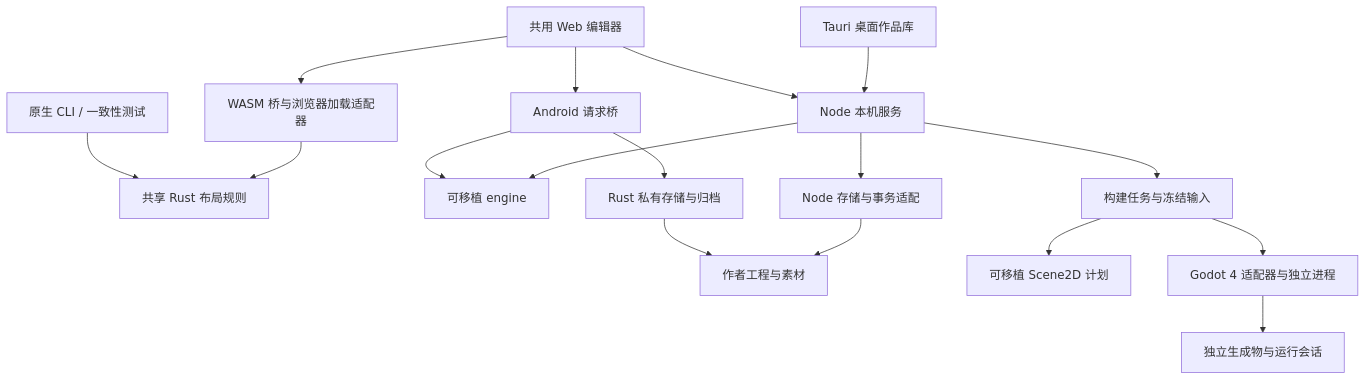
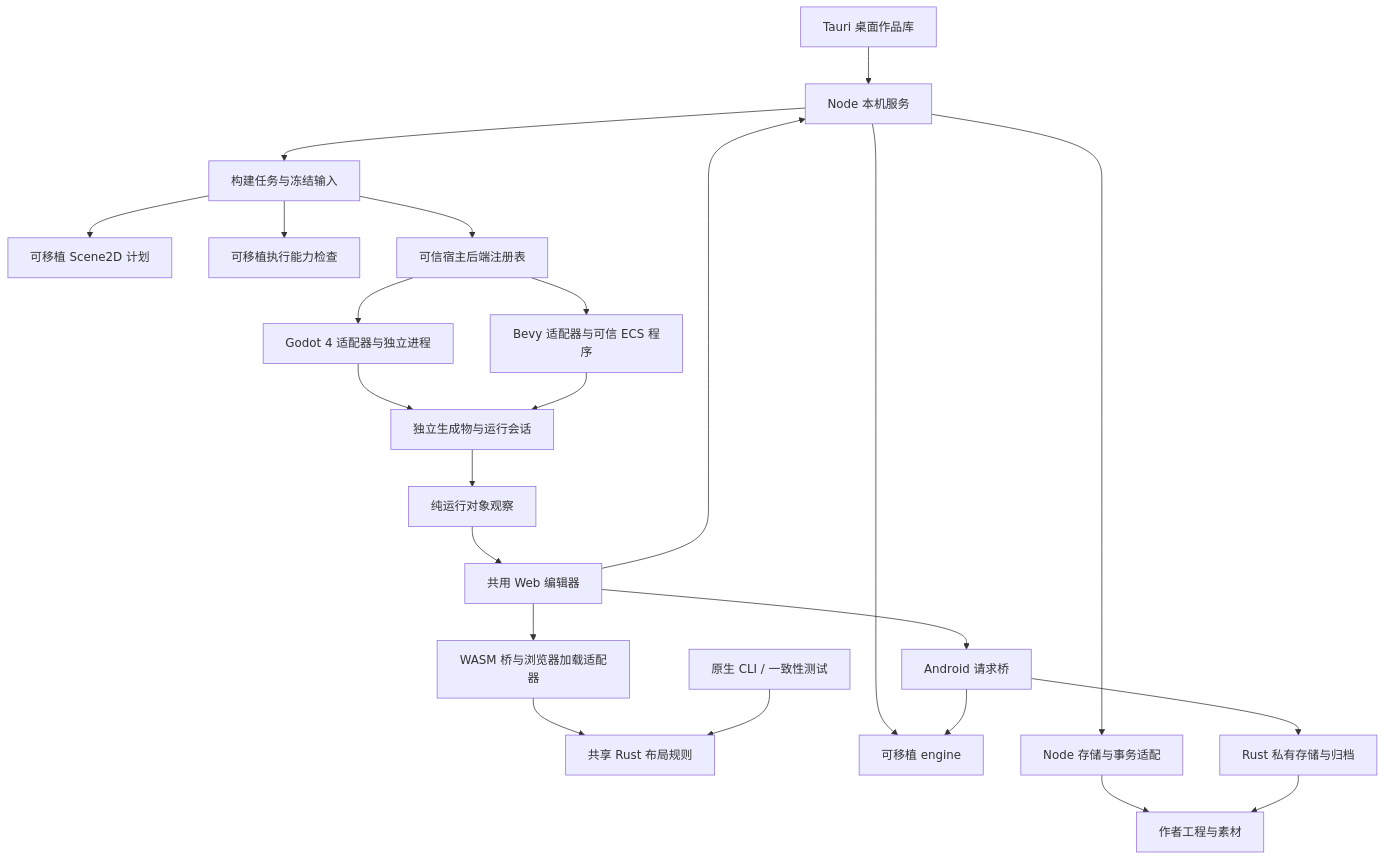
One commit to Team-silvortex/viento-studio changed the first of 2 diagrams in docs/ARCHITECTURE.md. Above: the diagram before and after it, drawn with Mermaid. The commit also changed other lines of this file and 675 other files, not shown here.

````diff
--- a/docs/ARCHITECTURE.md
+++ b/docs/ARCHITECTURE.md
@@ -23,19 +28,25 @@
 ```mermaid
 flowchart TB
   Desktop[Tauri 桌面作品库] --> Node[Node 本机服务]
   Web[共用 Web 编辑器] --> Node
   Web --> Wasm[WASM 桥与浏览器加载适配器]
   Wasm --> SharedRust[共享 Rust 布局规则]
   NativeCheck[原生 CLI / 一致性测试] --> SharedRust
   Web --> Mobile[Android 请求桥]
   Node --> Core[可移植 engine]
   Mobile --> Core
   Node --> IO[Node 存储与事务适配]
   Mobile --> Rust[Rust 私有存储与归档]
   IO --> Source[作者工程与素材]
   Rust --> Source
   Node --> Build[构建任务与冻结输入]
   Build --> Plan[可移植 Scene2D 计划]
-  Build --> Godot[Godot 4 适配器与独立进程]
+  Build --> Admission[可移植执行能力检查]
+  Build --> Registry[可信宿主后端注册表]
+  Registry --> Godot[Godot 4 适配器与独立进程]
+  Registry --> Bevy[Bevy 适配器与可信 ECS 程序]
   Godot --> Output[独立生成物与运行会话]
+  Bevy --> Output
+  Output --> Observation[纯运行对象观察]
+  Observation --> Web
 ```
````
